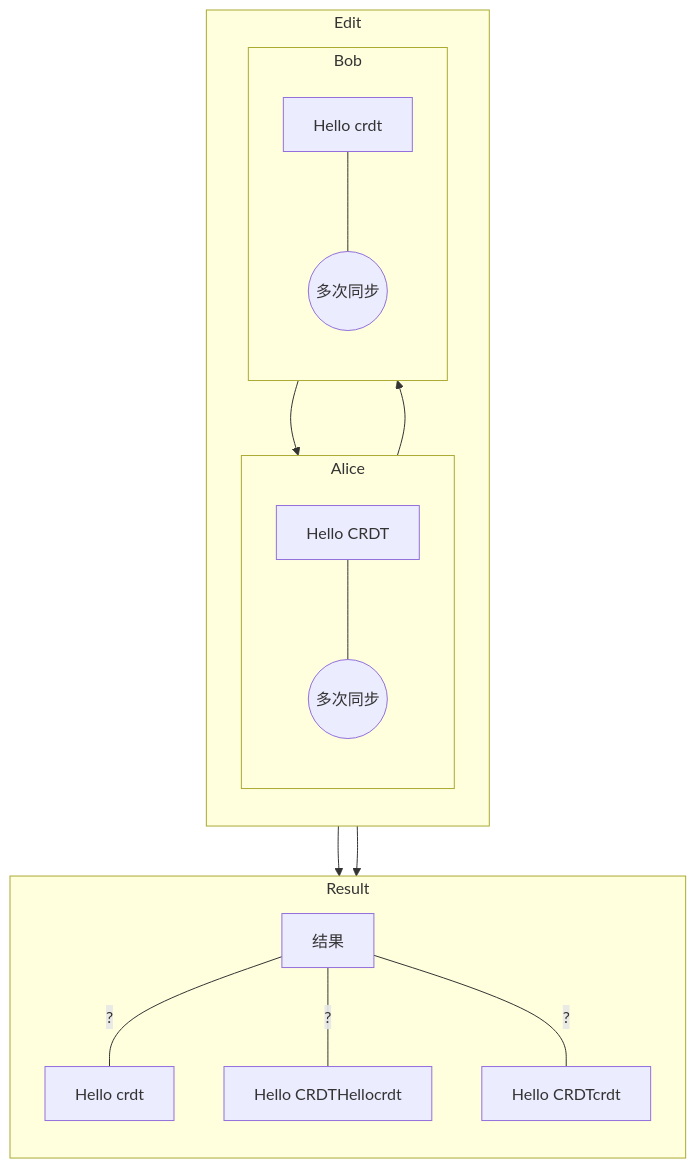
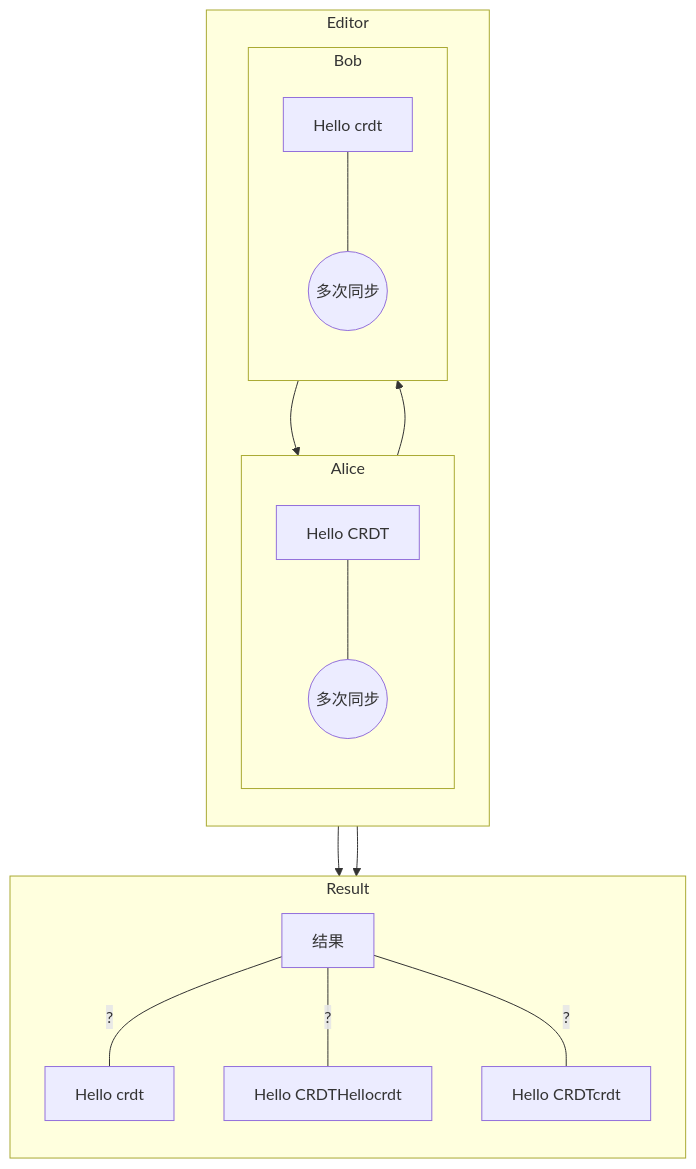
One commit to Leeeon233/Leeeon233.github.io changed the second of 12 diagrams in blog/2022-07-25-crdt-toy/index.mdx. Above: the diagram before and after it, drawn with Mermaid. The commit also changed other lines of this file, not shown here.

````diff
--- a/blog/2022-07-25-crdt-toy/index.mdx
+++ b/blog/2022-07-25-crdt-toy/index.mdx
@@ -36,32 +38,31 @@
 ```mermaid
   flowchart TB
-    subgraph Edit
+    subgraph Editor
     id1-->id3
     id2-->id4
     direction TB %% 子图1方向
         subgraph Alice
             direction TB
             id1[Hello CRDT];
             id1---id4((多次同步));
         end
         subgraph Bob
             direction TB
             id2[Hello crdt];
             id2---id3((多次同步));
         end
 
     end
 
     subgraph Result
     direction TB %% 子图2方向
     idn[结果]
     idn--?---id5[Hello crdt];
     idn--?---id6[Hello CRDTHellocrdt];
     idn--?---id7[Hello CRDTcrdt];
     end
 
   %% 主图
   id3-->idn
   id4-->idn
-  %% Edit-->Result
 ```
````
